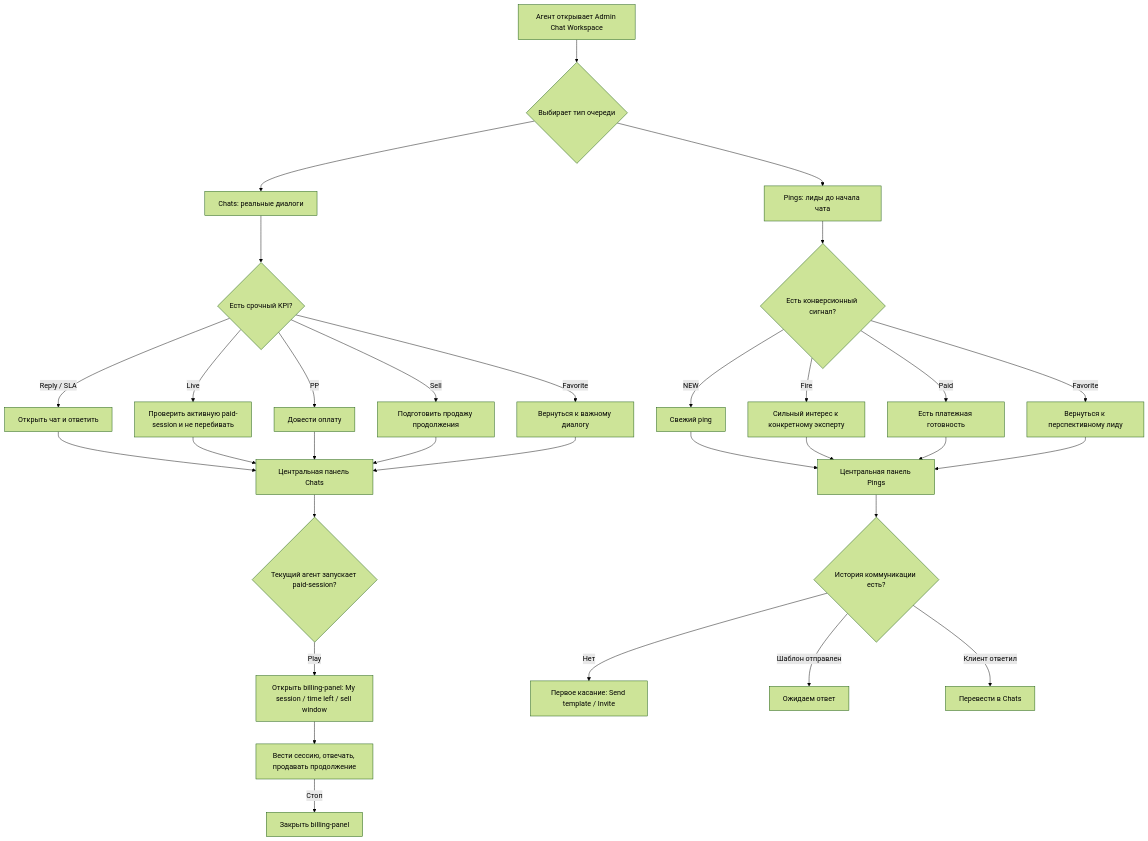
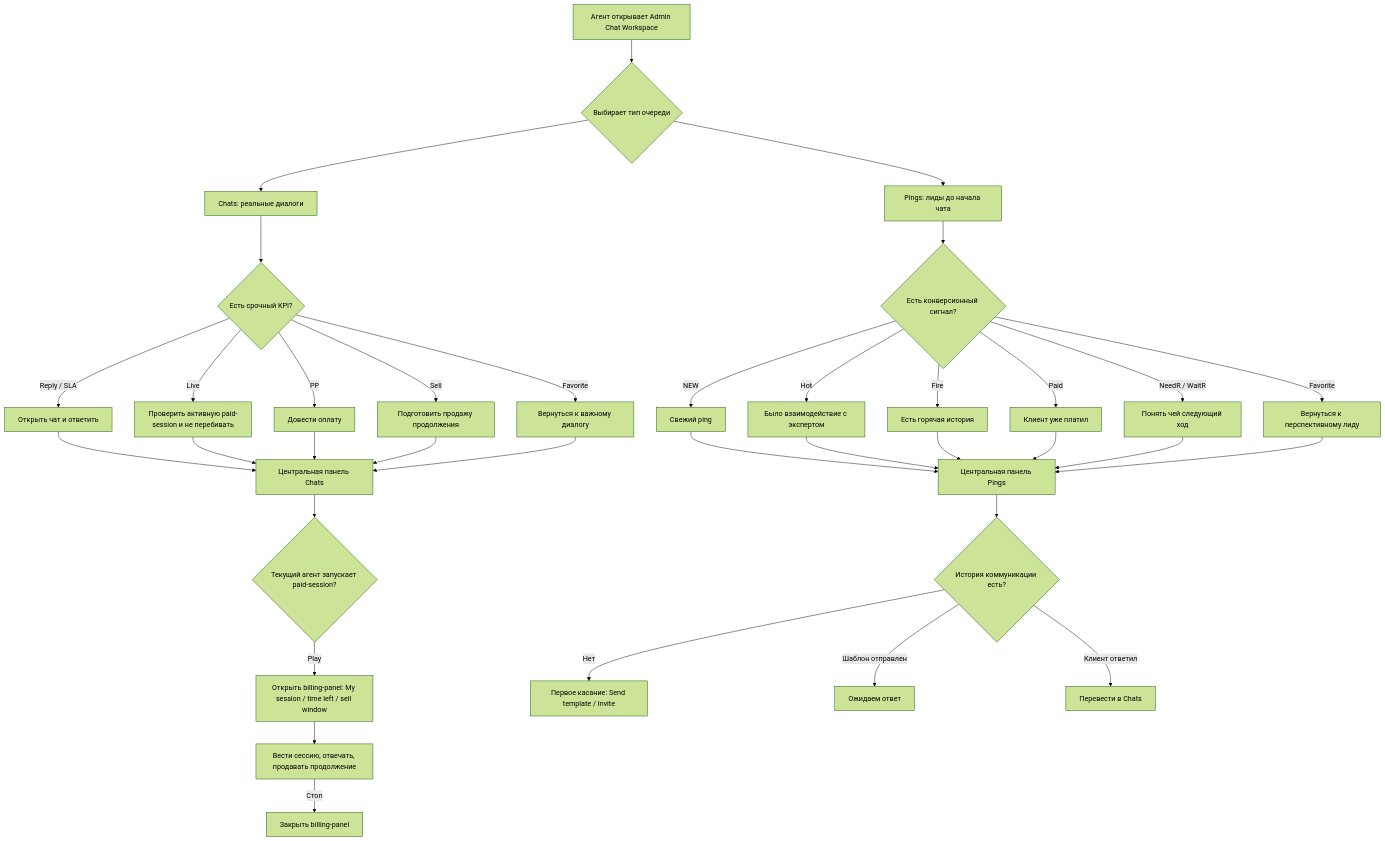
One commit to cutthreat/confideline changed the diagram in web/admin-chat-workspace-v2/ADMIN_CHAT_WORKSPACE_BUSINESS_LOGIC.md. Above: the diagram before and after it, drawn with Mermaid (forest theme). The commit also changed other lines of this file and 3 other files, not shown here.

````diff
--- a/web/admin-chat-workspace-v2/ADMIN_CHAT_WORKSPACE_BUSINESS_LOGIC.md
+++ b/web/admin-chat-workspace-v2/ADMIN_CHAT_WORKSPACE_BUSINESS_LOGIC.md
@@ -126,40 +130,44 @@
 ```mermaid
 flowchart TD
     A["Агент открывает Admin Chat Workspace"] --> B{"Выбирает тип очереди"}
     B --> C["Chats: реальные диалоги"]
     B --> D["Pings: лиды до начала чата"]
 
     C --> E{"Есть срочный KPI?"}
     E -->|"Reply / SLA"| F["Открыть чат и ответить"]
     E -->|"Live"| G["Проверить активную paid-session и не перебивать"]
     E -->|"PP"| H["Довести оплату"]
     E -->|"Sell"| I["Подготовить продажу продолжения"]
     E -->|"Favorite"| J["Вернуться к важному диалогу"]
 
     F --> K["Центральная панель Chats"]
     G --> K
     H --> K
     I --> K
     J --> K
 
     K --> L{"Текущий агент запускает paid-session?"}
     L -->|"Play"| M["Открыть billing-panel: My session / time left / sell window"]
     M --> N["Вести сессию, отвечать, продавать продолжение"]
     N -->|"Стоп"| O["Закрыть billing-panel"]
 
     D --> P{"Есть конверсионный сигнал?"}
-    P -->|"Fire"| R["Сильный интерес к конкретному эксперту"]
     P -->|"NEW"| Q["Свежий ping"]
-    P -->|"Paid"| S["Есть платежная готовность"]
+    P -->|"Hot"| R["Было взаимодействие с экспертом"]
+    P -->|"Fire"| S["Есть горячая история"]
+    P -->|"Paid"| Z["Клиент уже платил"]
+    P -->|"NeedR / WaitR"| AA["Понять чей следующий ход"]
     P -->|"Favorite"| T["Вернуться к перспективному лиду"]
 
     Q --> U["Центральная панель Pings"]
     R --> U
     S --> U
+    Z --> U
+    AA --> U
     T --> U
 
     U --> V{"История коммуникации есть?"}
     V -->|"Нет"| W["Первое касание: Send template / Invite"]
     V -->|"Шаблон отправлен"| X["Ожидаем ответ"]
     V -->|"Клиент ответил"| Y["Перевести в Chats"]
 ```
````
